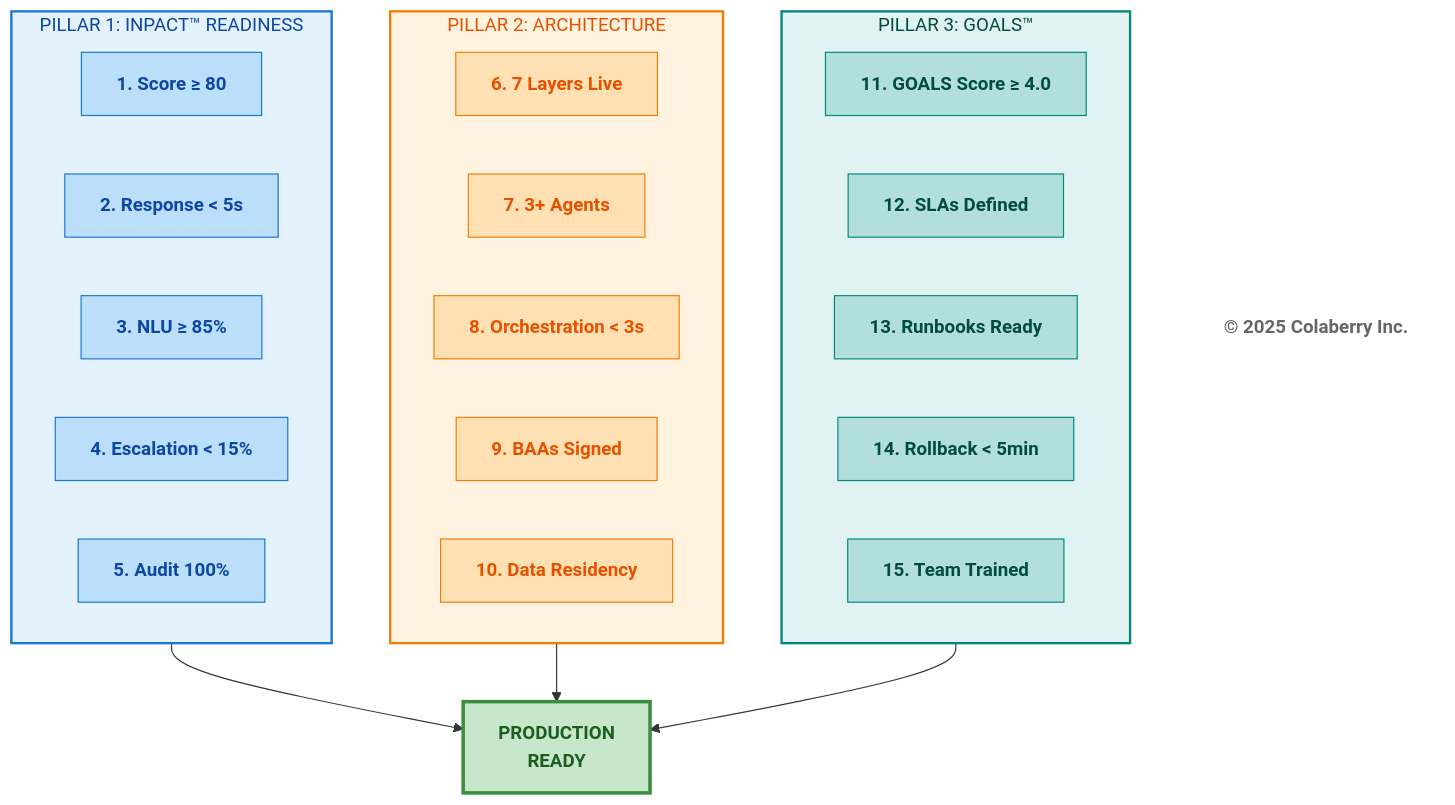
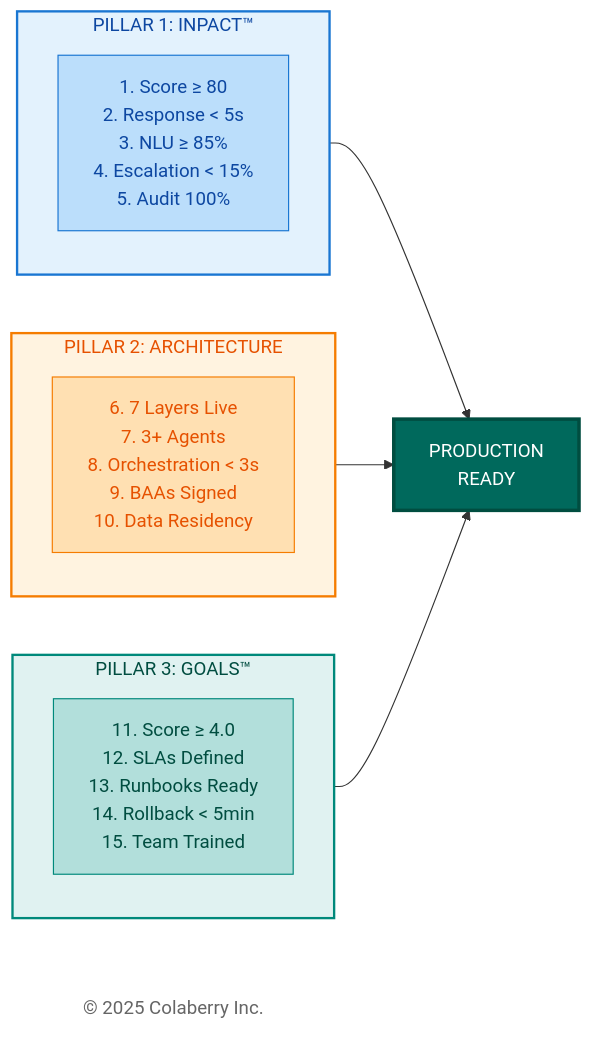
Before and after one commit to colaberry/trust-before-intelligence-book: the second of 6 diagrams in manuscript/13_chapter_12_running_agents_at_scale_v1_2.md, drawn with Mermaid. The commit also changed other lines of this file and 3 other files, not shown here.

````diff
--- a/manuscript/13_chapter_12_running_agents_at_scale_v1_2.md
+++ b/manuscript/13_chapter_12_running_agents_at_scale_v1_2.md
@@ -78,53 +78,33 @@
 ```mermaid
-graph TD
-    subgraph INPACT["PILLAR 1: INPACT™ READINESS"]
-        I1["<b>1. Score ≥ 80</b>"]
-        I2["<b>2. Response < 5s</b>"]
-        I3["<b>3. NLU ≥ 85%</b>"]
-        I4["<b>4. Escalation < 15%</b>"]
-        I5["<b>5. Audit 100%</b>"]
+
+graph LR
+    subgraph INPACT["PILLAR 1: INPACT™"]
+        I1["1. Score ≥ 80<br/>2. Response < 5s<br/>3. NLU ≥ 85%<br/>4. Escalation < 15%<br/>5. Audit 100%"]
     end
     
     subgraph ARCH["PILLAR 2: ARCHITECTURE"]
-        A1["<b>6. 7 Layers Live</b>"]
-        A2["<b>7. 3+ Agents</b>"]
-        A3["<b>8. Orchestration < 3s</b>"]
-        A4["<b>9. BAAs Signed</b>"]
-        A5["<b>10. Data Residency</b>"]
+        A1["6. 7 Layers Live<br/>7. 3+ Agents<br/>8. Orchestration < 3s<br/>9. BAAs Signed<br/>10. Data Residency"]
     end
     
     subgraph GOALS["PILLAR 3: GOALS™"]
-        G1["<b>11. GOALS Score ≥ 4.0</b>"]
-        G2["<b>12. SLAs Defined</b>"]
-        G3["<b>13. Runbooks Ready</b>"]
-        G4["<b>14. Rollback < 5min</b>"]
-        G5["<b>15. Team Trained</b>"]
+        G1["11. Score ≥ 4.0<br/>12. SLAs Defined<br/>13. Runbooks Ready<br/>14. Rollback < 5min<br/>15. Team Trained"]
     end
     
-    INPACT --> READY["<b>PRODUCTION<br/>READY</b>"]
+    READY["PRODUCTION<br/>READY"]
+    
+    Copyright["© 2025 Colaberry Inc."]
+    
+    INPACT --> READY
     ARCH --> READY
     GOALS --> READY
-    
-    Copyright["<b>© 2025 Colaberry Inc.</b>"]
     
     style INPACT fill:#e3f2fd,stroke:#1976d2,stroke-width:2px,color:#0d47a1
     style ARCH fill:#fff3e0,stroke:#f57c00,stroke-width:2px,color:#e65100
     style GOALS fill:#e0f2f1,stroke:#00897b,stroke-width:2px,color:#004d40
-    style READY fill:#c8e6c9,stroke:#388e3c,stroke-width:3px,color:#1b5e20
     style I1 fill:#bbdefb,stroke:#1976d2,color:#0d47a1
-    style I2 fill:#bbdefb,stroke:#1976d2,color:#0d47a1
-    style I3 fill:#bbdefb,stroke:#1976d2,color:#0d47a1
-    style I4 fill:#bbdefb,stroke:#1976d2,color:#0d47a1
-    style I5 fill:#bbdefb,stroke:#1976d2,color:#0d47a1
     style A1 fill:#ffe0b2,stroke:#f57c00,color:#e65100
-    style A2 fill:#ffe0b2,stroke:#f57c00,color:#e65100
-    style A3 fill:#ffe0b2,stroke:#f57c00,color:#e65100
-    style A4 fill:#ffe0b2,stroke:#f57c00,color:#e65100
-    style A5 fill:#ffe0b2,stroke:#f57c00,color:#e65100
     style G1 fill:#b2dfdb,stroke:#00897b,color:#004d40
-    style G2 fill:#b2dfdb,stroke:#00897b,color:#004d40
-    style G3 fill:#b2dfdb,stroke:#00897b,color:#004d40
-    style G4 fill:#b2dfdb,stroke:#00897b,color:#004d40
-    style G5 fill:#b2dfdb,stroke:#00897b,color:#004d40
+    style READY fill:#00695c,color:#ffffff,stroke:#004d40,stroke-width:3px
     style Copyright fill:#ffffff,stroke:none,color:#666666
+
 ```
````
